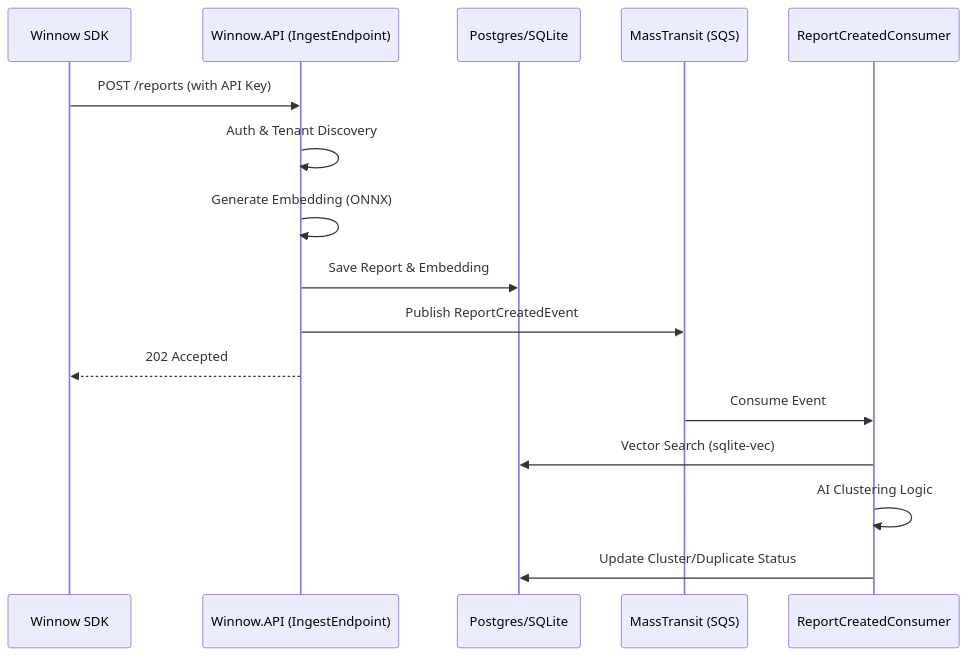
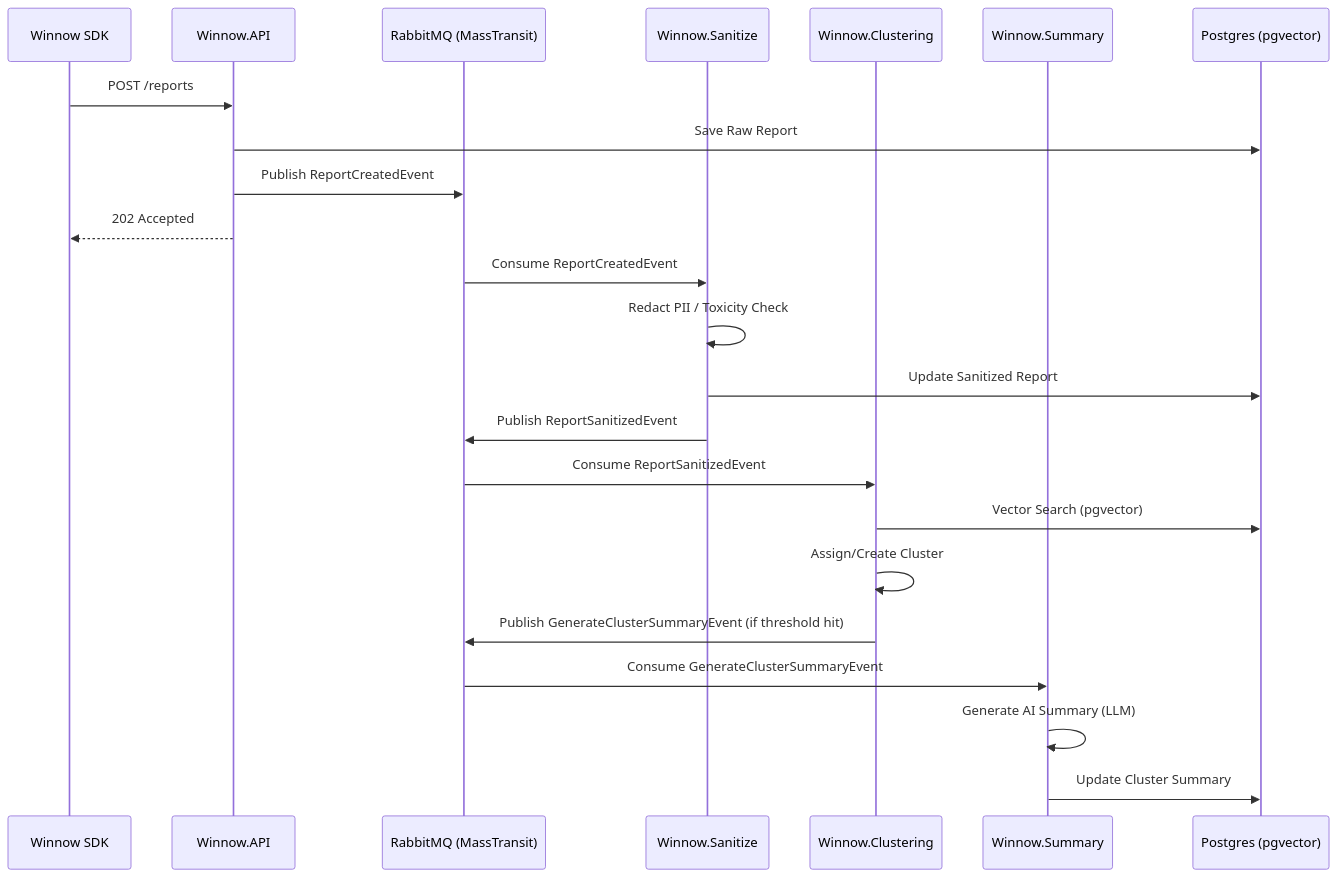
One commit to Winnow-Triage/winnow-core changed the diagram in docs/README.md. Above: the diagram before and after it, drawn with Mermaid. The commit also changed other lines of this file and 5 other files, not shown here.

Commit message:
docs: update architecture documentation to reflect the new event-driven microservices design.

````diff
--- a/docs/README.md
+++ b/docs/README.md
@@ -28,19 +27,29 @@
 ```mermaid
 sequenceDiagram
     participant SDK as Winnow SDK
-    participant API as Winnow.API (IngestEndpoint)
-    participant DB as Postgres/SQLite
-    participant MQ as MassTransit (SQS)
-    participant Worker as ReportCreatedConsumer
+    participant API as Winnow.API
+    participant MQ as RabbitMQ (MassTransit)
+    participant SAN as Winnow.Sanitize
+    participant CLU as Winnow.Clustering
+    participant SUM as Winnow.Summary
+    participant DB as Postgres (pgvector)
 
-    SDK->>API: POST /reports (with API Key)
-    API->>API: Auth & Tenant Discovery
-    API->>API: Generate Embedding (ONNX)
-    API->>DB: Save Report & Embedding
+    SDK->>API: POST /reports
+    API->>DB: Save Raw Report
     API->>MQ: Publish ReportCreatedEvent
     API-->>SDK: 202 Accepted
-    MQ->>Worker: Consume Event
-    Worker->>DB: Vector Search (sqlite-vec)
-    Worker->>Worker: AI Clustering Logic
-    Worker->>DB: Update Cluster/Duplicate Status
+
+    MQ->>SAN: Consume ReportCreatedEvent
+    SAN->>SAN: Redact PII / Toxicity Check
+    SAN->>DB: Update Sanitized Report
+    SAN->>MQ: Publish ReportSanitizedEvent
+
+    MQ->>CLU: Consume ReportSanitizedEvent
+    CLU->>DB: Vector Search (pgvector)
+    CLU->>CLU: Assign/Create Cluster
+    CLU->>MQ: Publish GenerateClusterSummaryEvent (if threshold hit)
+
+    MQ->>SUM: Consume GenerateClusterSummaryEvent
+    SUM->>SUM: Generate AI Summary (LLM)
+    SUM->>DB: Update Cluster Summary
 ```
````
